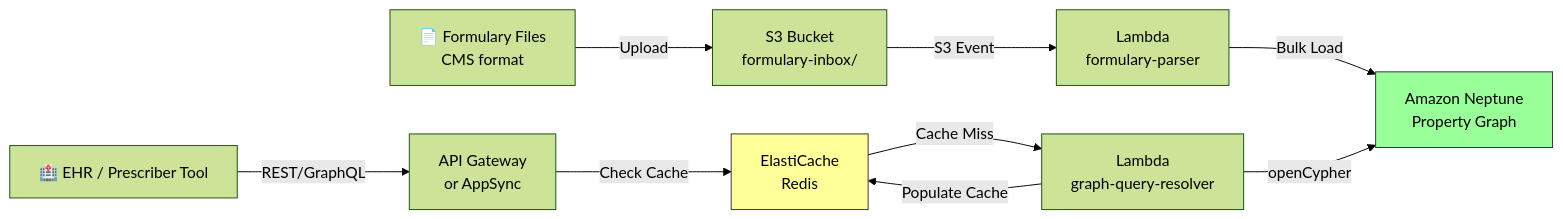
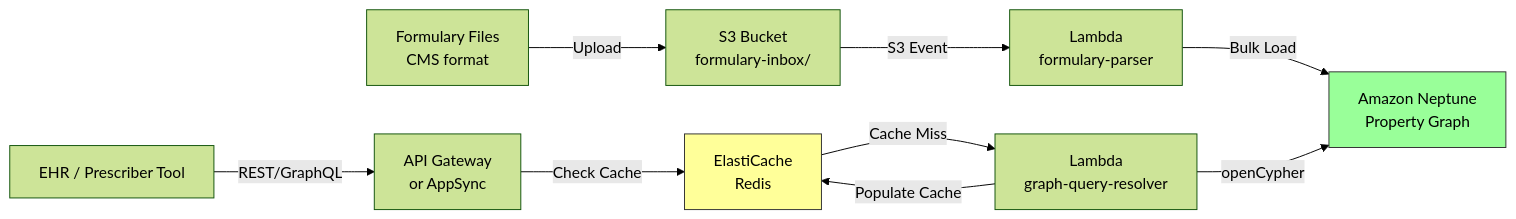
One commit to ccrngd1/HCLS-ai-book changed the diagram in chapter13.01-architecture.md. Above: the diagram before and after it, drawn with Mermaid (forest theme). The commit also changed other lines of this file and 515 other files, not shown here.

````diff
--- a/chapter13.01-architecture.md
+++ b/chapter13.01-architecture.md
@@ -23,15 +23,15 @@
 ```mermaid
 flowchart LR
-    A[📄 Formulary Files\nCMS format] -->|Upload| B[S3 Bucket\nformulary-inbox/]
-    B -->|S3 Event| C[Lambda\nformulary-parser]
-    C -->|Bulk Load| D[Amazon Neptune\nProperty Graph]
-    
-    E[🏥 EHR / Prescriber Tool] -->|REST/GraphQL| F[API Gateway\nor AppSync]
-    F -->|Check Cache| G[ElastiCache\nRedis]
-    G -->|Cache Miss| H[Lambda\ngraph-query-resolver]
-    H -->|openCypher| D
-    H -->|Populate Cache| G
+ A[Formulary Files\nCMS format] -->|Upload| B[S3 Bucket\nformulary-inbox/]
+ B -->|S3 Event| C[Lambda\nformulary-parser]
+ C -->|Bulk Load| D[Amazon Neptune\nProperty Graph]
 
-    style D fill:#9f9,stroke:#333
-    style G fill:#ff9,stroke:#333
+ E[EHR / Prescriber Tool] -->|REST/GraphQL| F[API Gateway\nor AppSync]
+ F -->|Check Cache| G[ElastiCache\nRedis]
+ G -->|Cache Miss| H[Lambda\ngraph-query-resolver]
+ H -->|openCypher| D
+ H -->|Populate Cache| G
+
+ style D fill:#9f9,stroke:#333
+ style G fill:#ff9,stroke:#333
 ```
````
